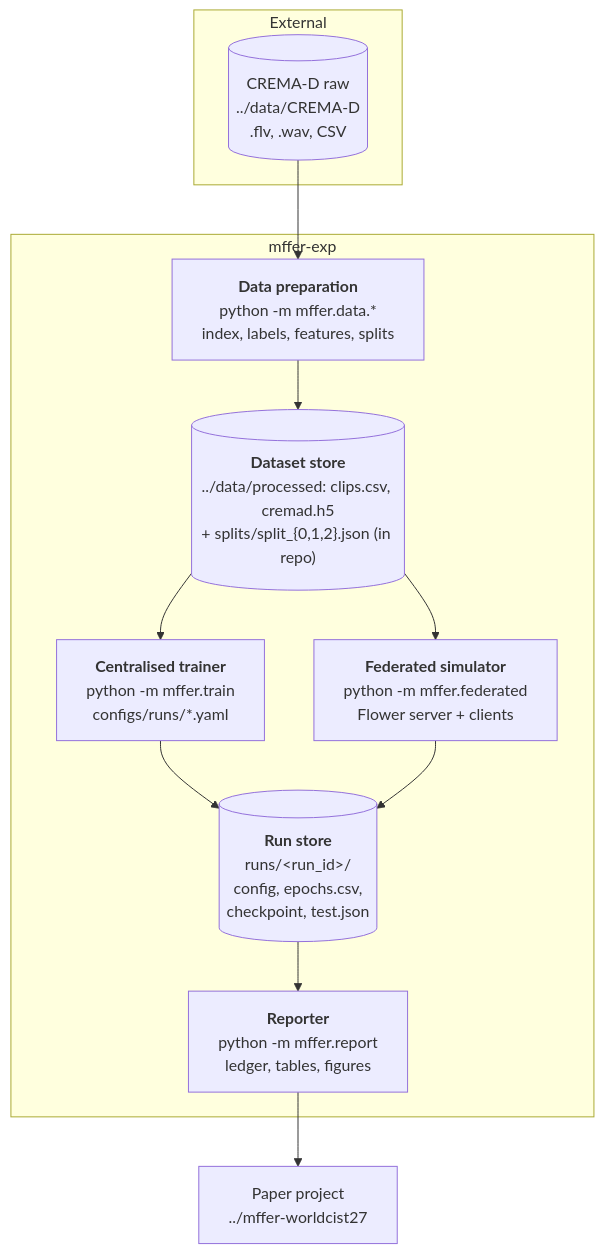
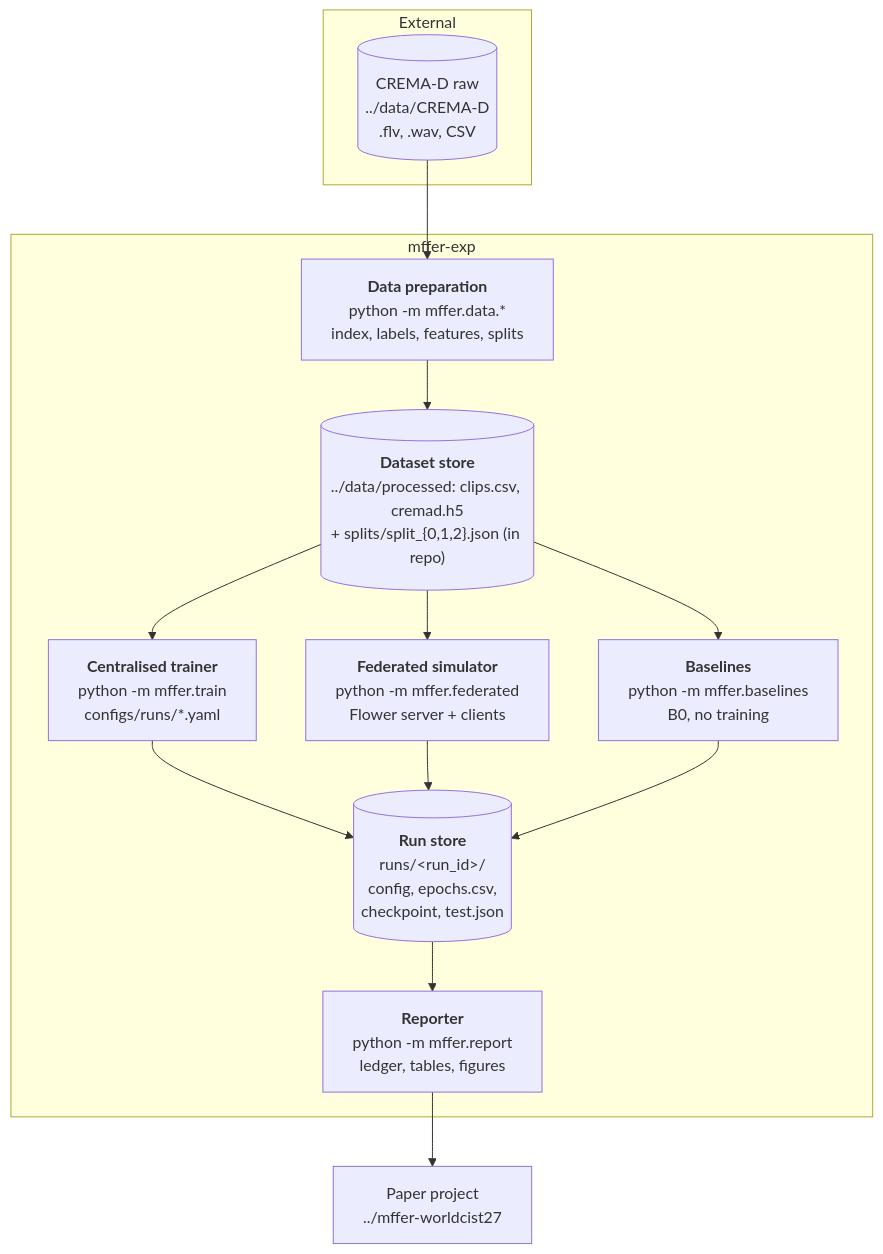
Before and after one commit to n0th1ng999/mffer-exp: the second of 3 diagrams in README.md, drawn with Mermaid. The commit also changed other lines of this file and 15 other files, not shown here.

First line of the commit message:
docs(adr): 13 architecture decision records; README development section

````diff
--- a/README.md
+++ b/README.md
@@ -280,22 +283,24 @@
 ```mermaid
 flowchart TB
     subgraph EXT[External]
         RAW[("CREMA-D raw<br/>../data/CREMA-D<br/>.flv, .wav, CSV")]
     end
 
     subgraph SYS[mffer-exp]
         PREP["<b>Data preparation</b><br/>python -m mffer.data.*<br/>index, labels, features, splits"]
         DS[("<b>Dataset store</b><br/>../data/processed: clips.csv, cremad.h5<br/>+ splits/split_{0,1,2}.json (in repo)")]
         TRAIN["<b>Centralised trainer</b><br/>python -m mffer.train<br/>configs/runs/*.yaml"]
         FED["<b>Federated simulator</b><br/>python -m mffer.federated<br/>Flower server + clients"]
+        BASE["<b>Baselines</b><br/>python -m mffer.baselines<br/>B0, no training"]
         RUNS[("<b>Run store</b><br/>runs/&lt;run_id&gt;/<br/>config, epochs.csv,<br/>checkpoint, test.json")]
         REP["<b>Reporter</b><br/>python -m mffer.report<br/>ledger, tables, figures"]
     end
 
     PAPER["Paper project<br/>../mffer-worldcist27"]
 
     RAW --> PREP --> DS
     DS --> TRAIN --> RUNS
     DS --> FED --> RUNS
+    DS --> BASE --> RUNS
     RUNS --> REP --> PAPER
 ```
````
